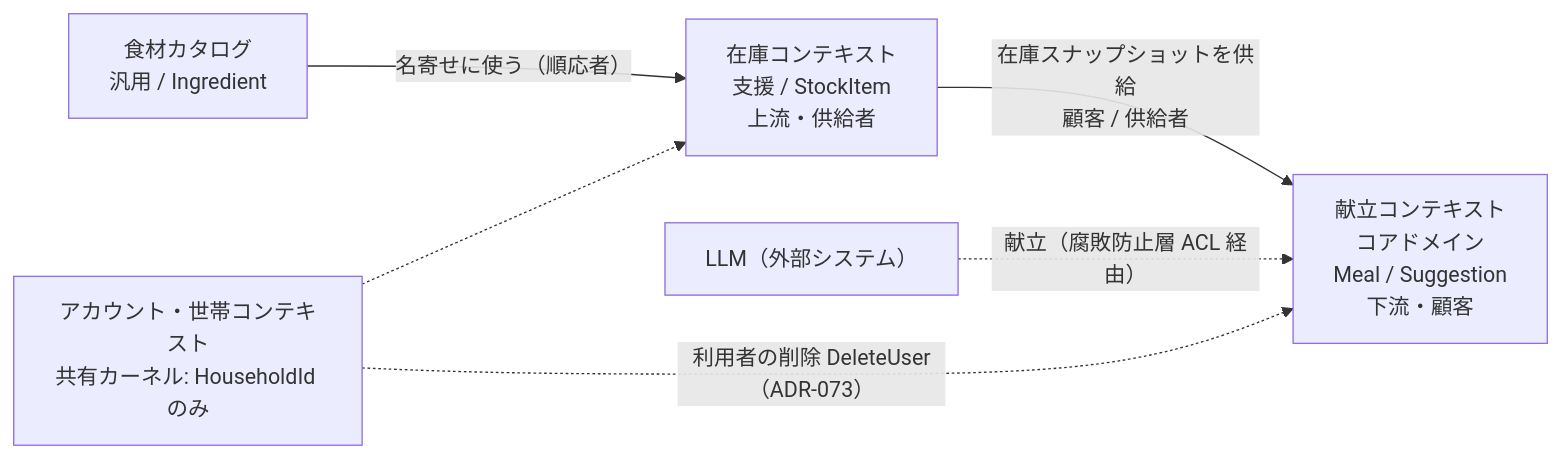
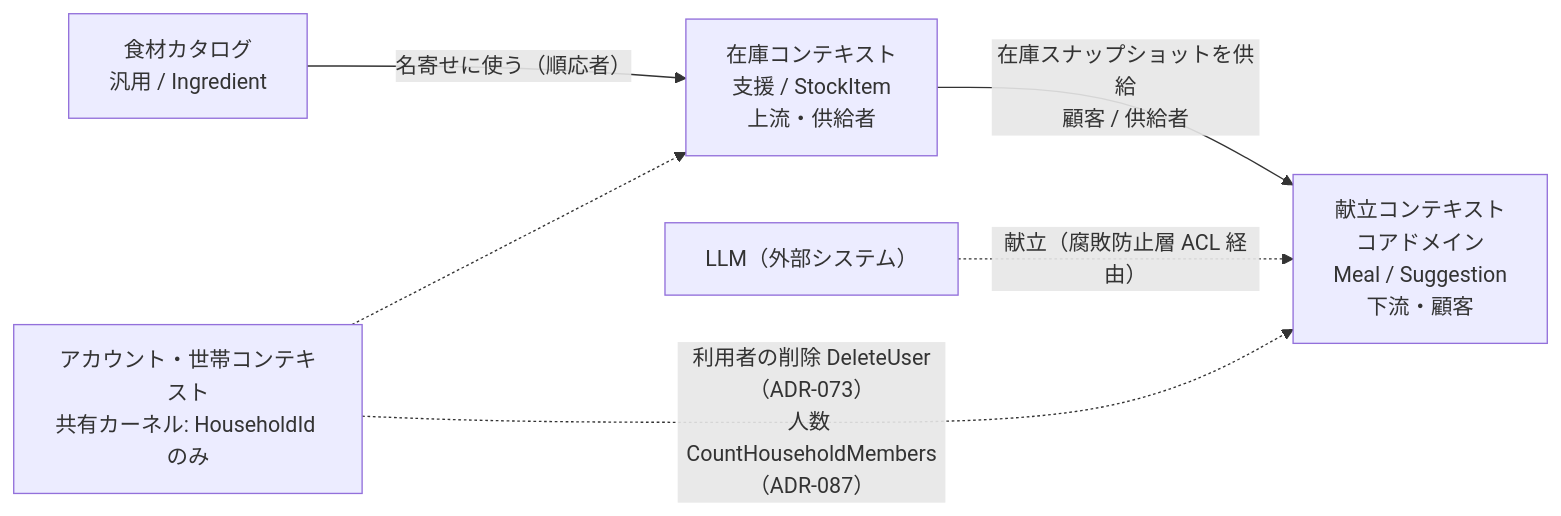
One commit to tkdev106/fridge-to-meal changed the first of 3 diagrams in docs/domain-model.md. Above: the diagram before and after it, drawn with Mermaid. The commit also changed 28 other files, not shown here.

````diff
--- a/docs/domain-model.md
+++ b/docs/domain-model.md
@@ -34,14 +34,14 @@
 ```mermaid
 flowchart LR
   catalog["食材カタログ<br/>汎用 / Ingredient"]
   pantry["在庫コンテキスト<br/>支援 / StockItem<br/>上流・供給者"]
   meal["献立コンテキスト<br/>コアドメイン<br/>Meal / Suggestion<br/>下流・顧客"]
   llm["LLM（外部システム）"]
   identity["アカウント・世帯コンテキスト<br/>共有カーネル: HouseholdId のみ"]
 
   catalog -->|"名寄せに使う（順応者）"| pantry
   pantry -->|"在庫スナップショットを供給<br/>顧客 / 供給者"| meal
   llm -.->|"献立（腐敗防止層 ACL 経由）"| meal
   identity -.-> pantry
-  identity -.->|"利用者の削除 DeleteUser（ADR-073）"| meal
+  identity -.->|"利用者の削除 DeleteUser（ADR-073）<br/>人数 CountHouseholdMembers（ADR-087）"| meal
 ```
````
